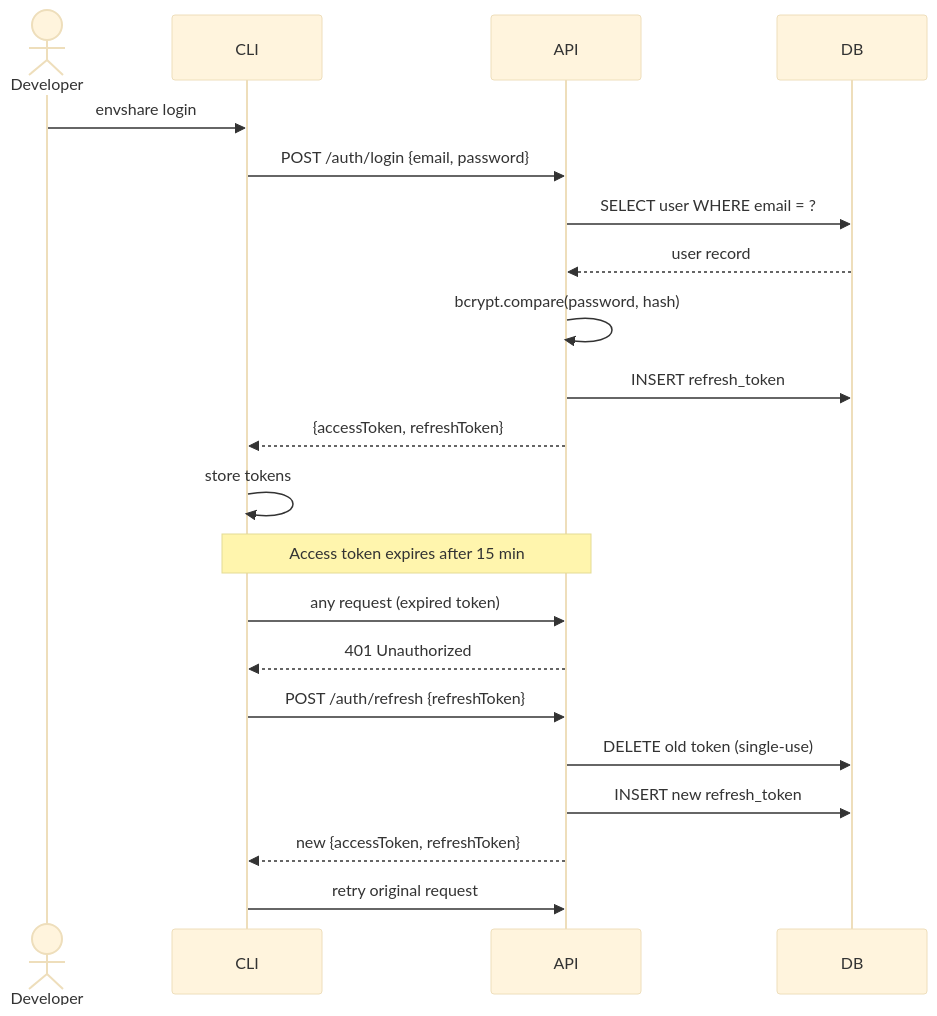
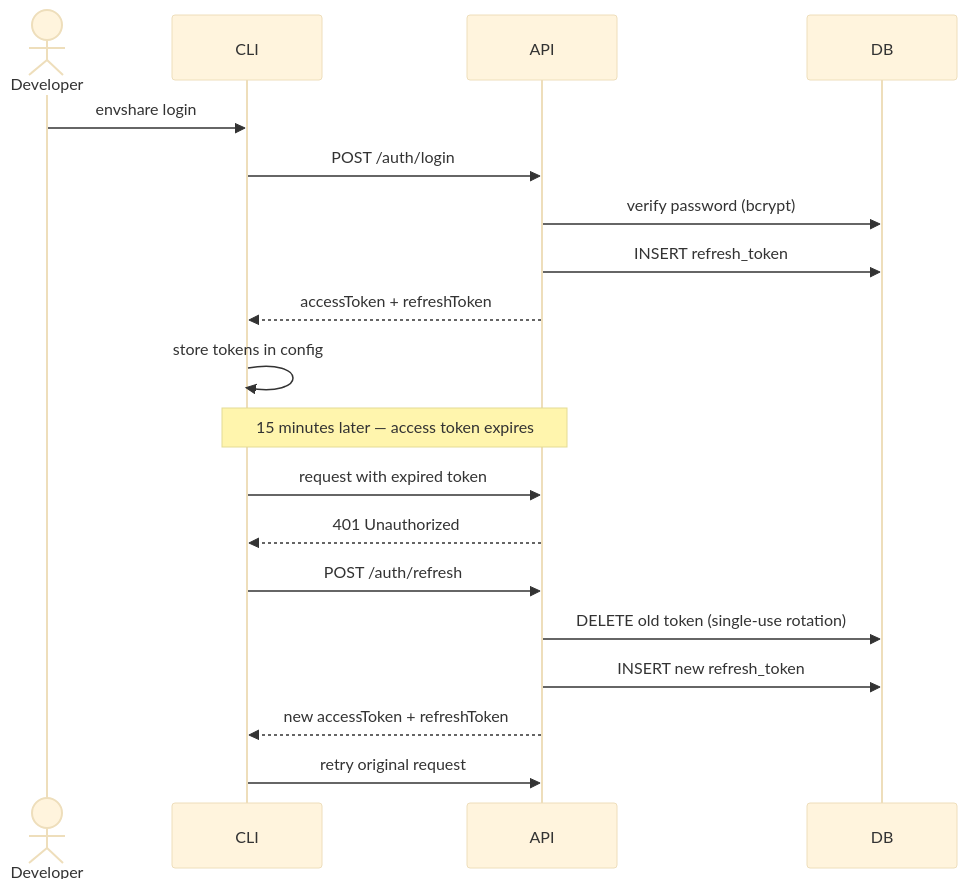
One commit to s-pl/envShare changed the third of 5 diagrams in README.md. Above: the diagram before and after it, drawn with Mermaid (base theme). The commit also changed other lines of this file and 1 other file, not shown here.

````diff
--- a/README.md
+++ b/README.md
@@ -184,26 +239,24 @@
 ```mermaid
 sequenceDiagram
     actor Dev as Developer
     participant CLI
     participant API
     participant DB
 
     Dev->>CLI: envshare login
-    CLI->>API: POST /auth/login {email, password}
-    API->>DB: SELECT user WHERE email = ?
-    DB-->>API: user record
-    API->>API: bcrypt.compare(password, hash)
+    CLI->>API: POST /auth/login
+    API->>DB: verify password (bcrypt)
     API->>DB: INSERT refresh_token
-    API-->>CLI: {accessToken, refreshToken}
-    CLI->>CLI: store tokens
+    API-->>CLI: accessToken + refreshToken
+    CLI->>CLI: store tokens in config
 
-    Note over CLI,API: Access token expires after 15 min
+    Note over CLI,API: 15 minutes later — access token expires
 
-    CLI->>API: any request (expired token)
+    CLI->>API: request with expired token
     API-->>CLI: 401 Unauthorized
-    CLI->>API: POST /auth/refresh {refreshToken}
-    API->>DB: DELETE old token (single-use)
+    CLI->>API: POST /auth/refresh
+    API->>DB: DELETE old token (single-use rotation)
     API->>DB: INSERT new refresh_token
-    API-->>CLI: new {accessToken, refreshToken}
+    API-->>CLI: new accessToken + refreshToken
     CLI->>API: retry original request
 ```
````
